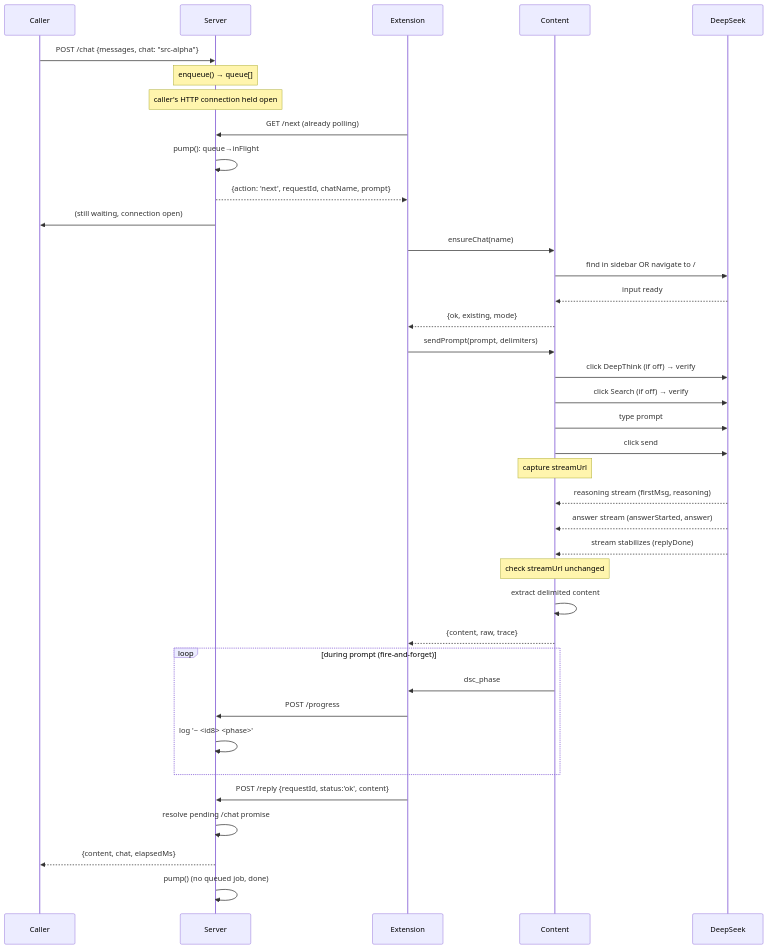
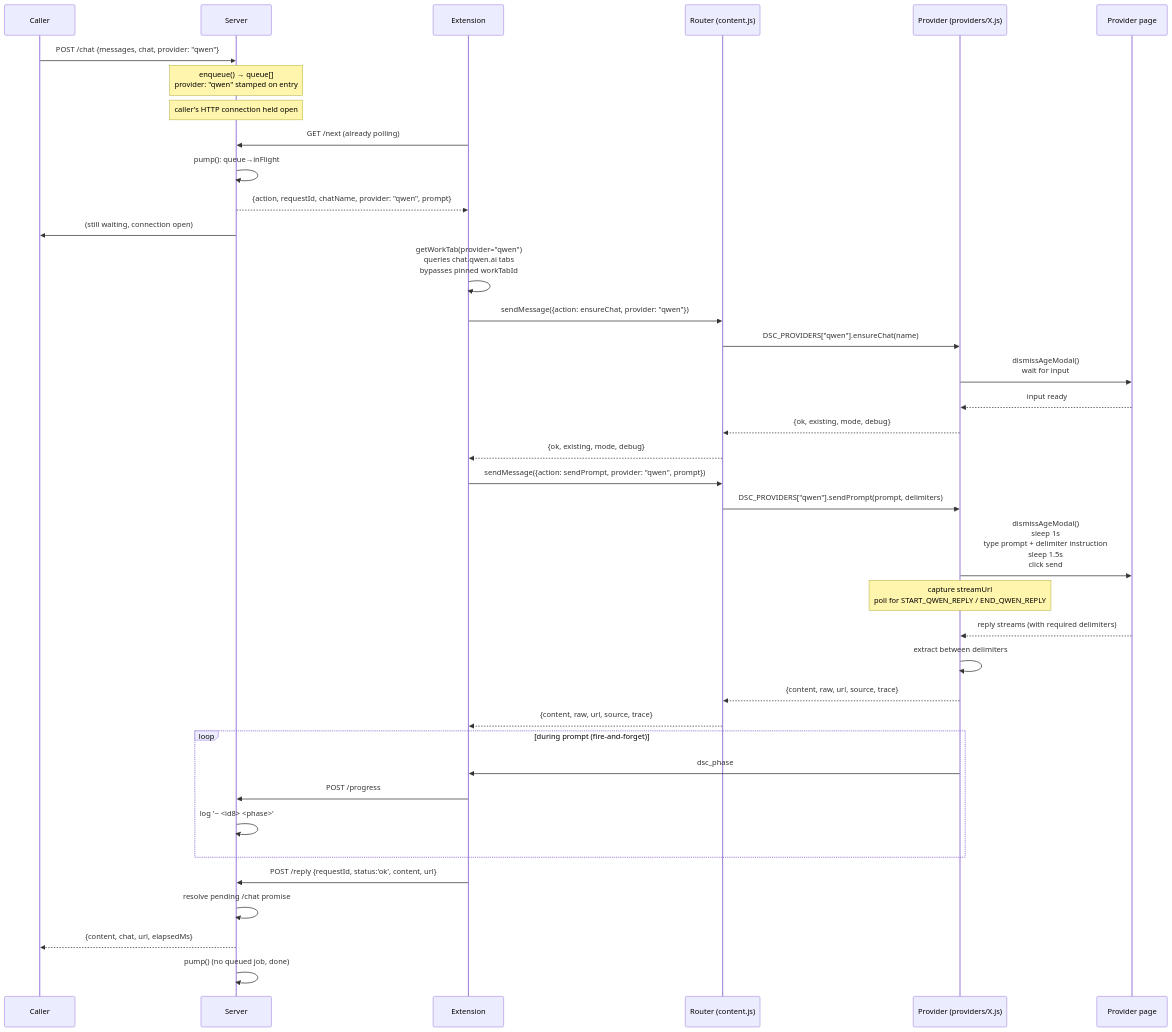
One commit to pulchowk-events/deepseek-connect changed the second of 2 diagrams in docs/architecture.md. Above: the diagram before and after it, drawn with Mermaid. The commit also changed other lines of this file and 25 other files, not shown here.

First line of the commit message:
feat: multi-provider plugin architecture (DeepSeek + Qwen) — v0.2.0 (#4)

````diff
--- a/docs/architecture.md
+++ b/docs/architecture.md
@@ -63,46 +71,46 @@
 ```mermaid
 sequenceDiagram
     participant C as Caller
     participant S as Server
     participant E as Extension
-    participant K as Content
-    participant D as DeepSeek
+    participant R as Router (content.js)
+    participant P as Provider (providers/X.js)
+    participant D as Provider page
 
-    C->>S: POST /chat {messages, chat: "src-alpha"}
-    Note over S: enqueue() → queue[]
+    C->>S: POST /chat {messages, chat, provider: "qwen"}
+    Note over S: enqueue() → queue[]<br/>provider: "qwen" stamped on entry
     Note over S: caller's HTTP connection held open
 
     E->>S: GET /next (already polling)
     S->>S: pump(): queue→inFlight
-    S-->>E: {action: 'next', requestId, chatName, prompt}
+    S-->>E: {action, requestId, chatName, provider: "qwen", prompt}
     S->>C: (still waiting, connection open)
 
-    E->>K: ensureChat(name)
-    K->>D: find in sidebar OR navigate to /
-    D-->>K: input ready
-    K-->>E: {ok, existing, mode}
+    E->>E: getWorkTab(provider="qwen")<br/>queries chat.qwen.ai tabs<br/>bypasses pinned workTabId
+    E->>R: sendMessage({action: ensureChat, provider: "qwen"})
+    R->>P: DSC_PROVIDERS["qwen"].ensureChat(name)
+    P->>D: dismissAgeModal()<br/>wait for input
+    D-->>P: input ready
+    P-->>R: {ok, existing, mode, debug}
+    R-->>E: {ok, existing, mode, debug}
 
-    E->>K: sendPrompt(prompt, delimiters)
-    K->>D: click DeepThink (if off) → verify
-    K->>D: click Search (if off) → verify
-    K->>D: type prompt
-    K->>D: click send
-    Note over K: capture streamUrl
-    D-->>K: reasoning stream (firstMsg, reasoning)
-    D-->>K: answer stream (answerStarted, answer)
-    D-->>K: stream stabilizes (replyDone)
-    Note over K: check streamUrl unchanged
-    K->>K: extract delimited content
-    K-->>E: {content, raw, trace}
+    E->>R: sendMessage({action: sendPrompt, provider: "qwen", prompt})
+    R->>P: DSC_PROVIDERS["qwen"].sendPrompt(prompt, delimiters)
+    P->>D: dismissAgeModal()<br/>sleep 1s<br/>type prompt + delimiter instruction<br/>sleep 1.5s<br/>click send
+    Note over P: capture streamUrl<br/>poll for START_QWEN_REPLY / END_QWEN_REPLY
+    D-->>P: reply streams (with required delimiters)
+    P->>P: extract between delimiters
+    P-->>R: {content, raw, url, source, trace}
+    R-->>E: {content, raw, url, source, trace}
 
     loop during prompt (fire-and-forget)
-        K->>E: dsc_phase
+        P->>E: dsc_phase
         E->>S: POST /progress
         S->>S: log '~ <id8> <phase>'
     end
 
-    E->>S: POST /reply {requestId, status:'ok', content}
+    E->>S: POST /reply {requestId, status:'ok', content, url}
     S->>S: resolve pending /chat promise
-    S-->>C: {content, chat, elapsedMs}
+    S-->>C: {content, chat, url, elapsedMs}
     S->>S: pump() (no queued job, done)
 ```
````
